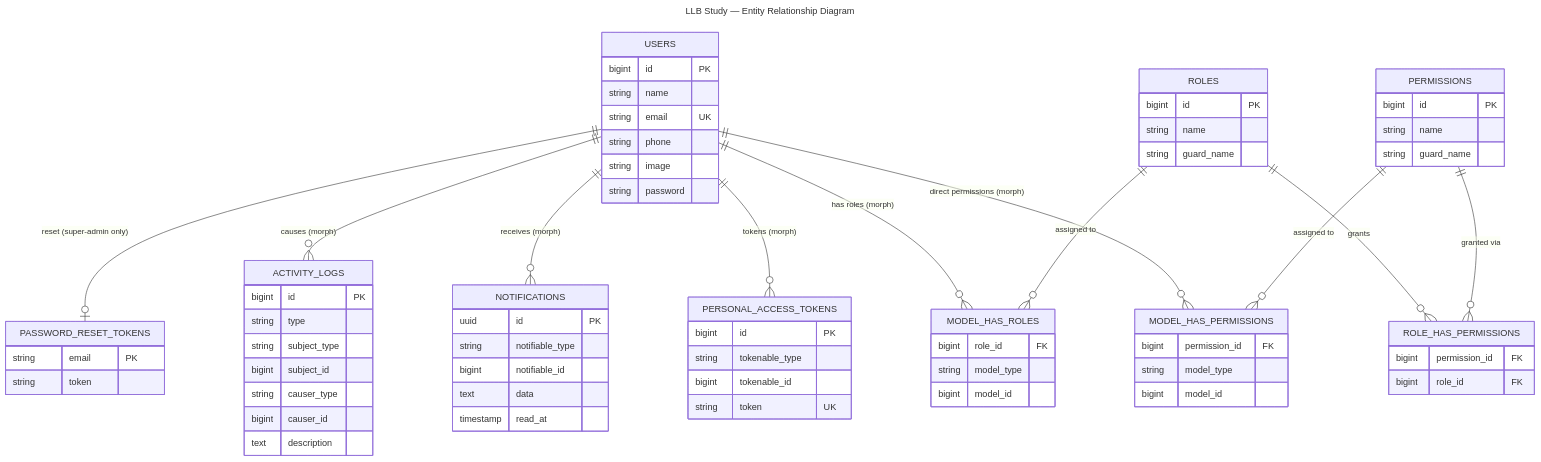
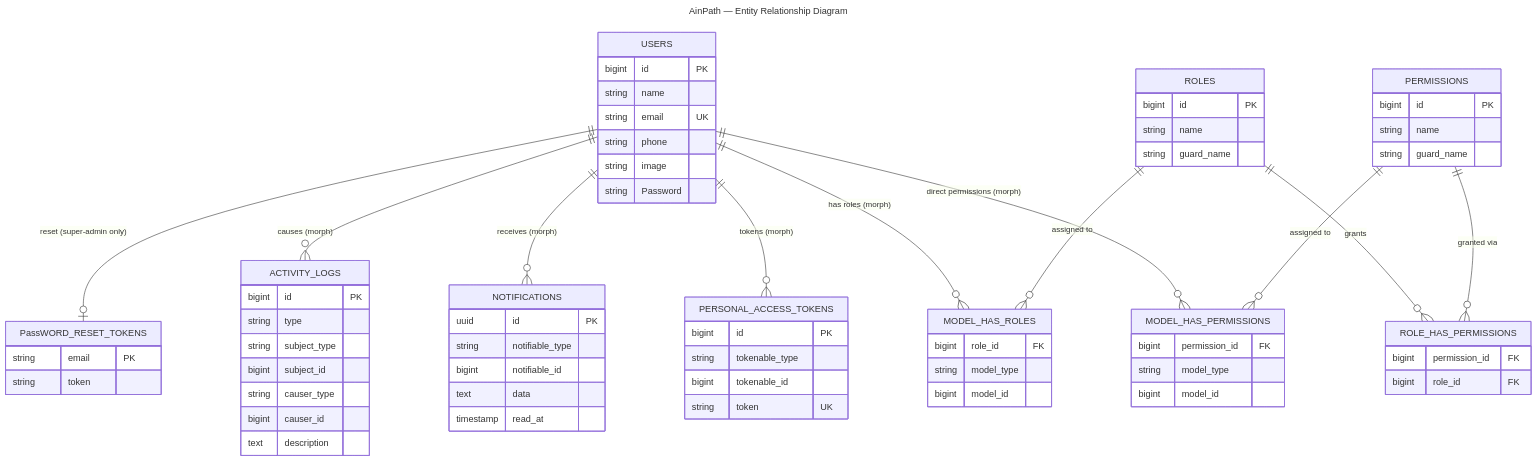
Before and after one commit to MohanManirul/llb-site: the diagram in docs/erd.mmd, drawn with Mermaid. The commit also changed 42 other files, not shown here.

```diff
--- a/docs/erd.mmd
+++ b/docs/erd.mmd
@@ -1,85 +1,85 @@
 ---
-title: LLB Study — Entity Relationship Diagram
+title: AinPath — Entity Relationship Diagram
 ---
 erDiagram
 
     %% ── Identity & access ───────────────────────────────────────────
     USERS {
         bigint id PK
         string name
         string email UK
         string phone
         string image
-        string password
+        string Password
     }
 
     ROLES {
         bigint id PK
         string name
         string guard_name
     }
 
     PERMISSIONS {
         bigint id PK
         string name
         string guard_name
     }
 
     MODEL_HAS_ROLES {
         bigint role_id FK
         string model_type
         bigint model_id
     }
 
     MODEL_HAS_PERMISSIONS {
         bigint permission_id FK
         string model_type
         bigint model_id
     }
 
     ROLE_HAS_PERMISSIONS {
         bigint permission_id FK
         bigint role_id FK
     }
 
     PERSONAL_ACCESS_TOKENS {
         bigint id PK
         string tokenable_type
         bigint tokenable_id
         string token UK
     }
 
     NOTIFICATIONS {
         uuid id PK
         string notifiable_type
         bigint notifiable_id
         text data
         timestamp read_at
     }
 
     ACTIVITY_LOGS {
         bigint id PK
         string type
         string subject_type
         bigint subject_id
         string causer_type
         bigint causer_id
         text description
     }
 
-    PASSWORD_RESET_TOKENS {
+    PassWORD_RESET_TOKENS {
         string email PK
         string token
     }
 
     %% ── Relationships: identity & access ────────────────────────────
     USERS   ||--o{ MODEL_HAS_ROLES          : "has roles (morph)"
     USERS   ||--o{ MODEL_HAS_PERMISSIONS    : "direct permissions (morph)"
     USERS   ||--o{ PERSONAL_ACCESS_TOKENS   : "tokens (morph)"
     USERS   ||--o{ NOTIFICATIONS            : "receives (morph)"
     USERS   ||--o{ ACTIVITY_LOGS            : "causes (morph)"
     ROLES   ||--o{ MODEL_HAS_ROLES          : "assigned to"
     ROLES   ||--o{ ROLE_HAS_PERMISSIONS     : grants
     PERMISSIONS ||--o{ MODEL_HAS_PERMISSIONS : "assigned to"
     PERMISSIONS ||--o{ ROLE_HAS_PERMISSIONS  : "granted via"
-    USERS   ||--o| PASSWORD_RESET_TOKENS : "reset (super-admin only)"
+    USERS   ||--o| PassWORD_RESET_TOKENS : "reset (super-admin only)"
```
